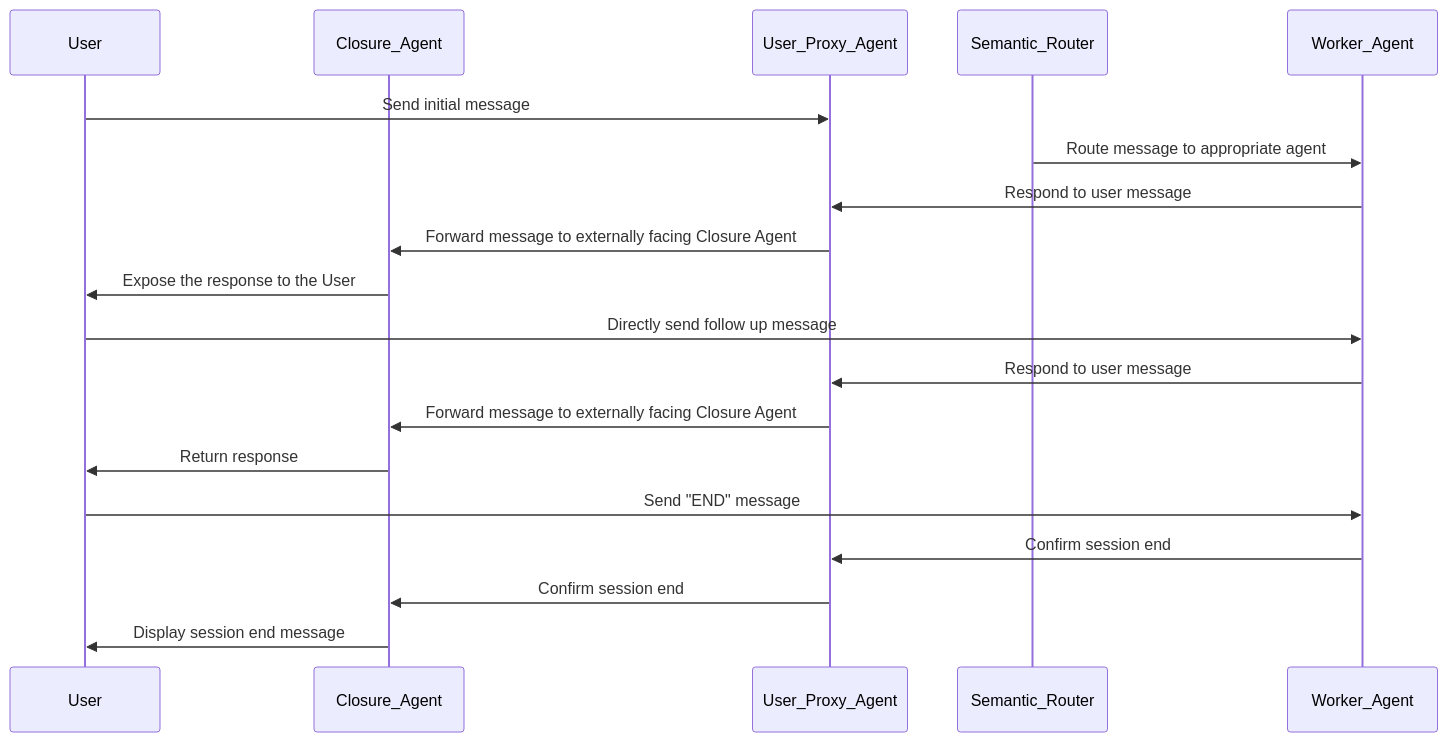
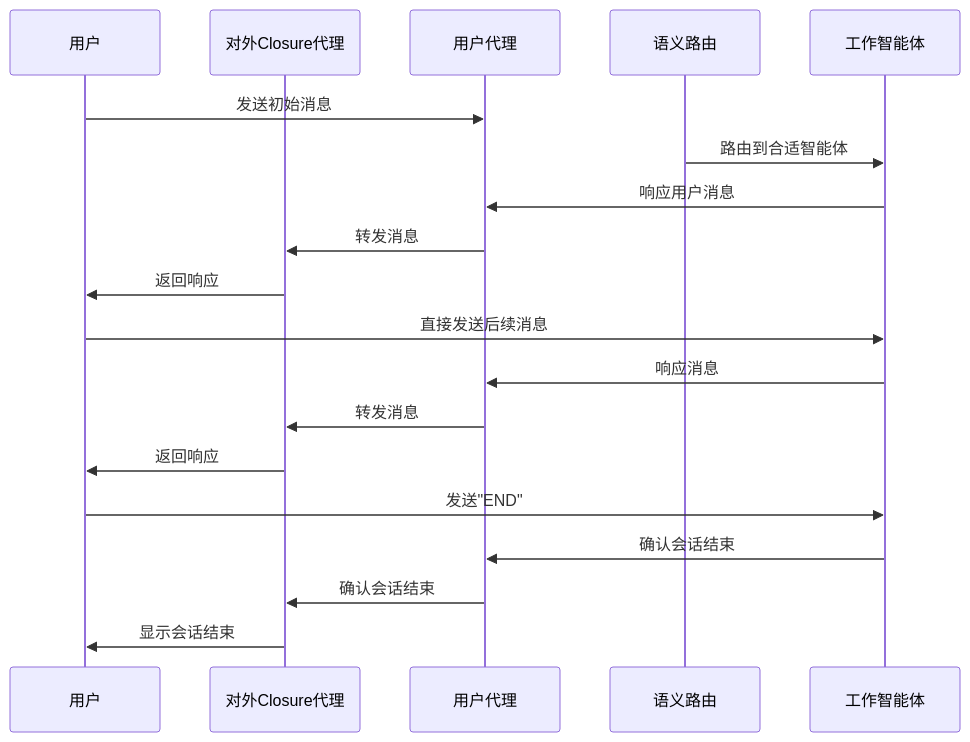
One commit to DellDi/autogen-fastapi-postgres changed the diagram in core_semantic_router/README.md. Above: the diagram before and after it, drawn with Mermaid. The commit also changed other lines of this file and 15 other files, not shown here.

````diff
--- a/core_semantic_router/README.md
+++ b/core_semantic_router/README.md
@@ -56,22 +66,22 @@
 ```mermaid
 sequenceDiagram
-    participant User
-    participant Closure_Agent
-    participant User_Proxy_Agent
-    participant Semantic_Router
-    participant Worker_Agent
+    participant 用户
+    participant 对外Closure代理
+    participant 用户代理
+    participant 语义路由
+    participant 工作智能体
 
-    User->>User_Proxy_Agent: Send initial message
-    Semantic_Router->>Worker_Agent: Route message to appropriate agent
-    Worker_Agent->>User_Proxy_Agent: Respond to user message
-    User_Proxy_Agent->>Closure_Agent: Forward message to externally facing Closure Agent
-    Closure_Agent->>User: Expose the response to the User
-    User->>Worker_Agent: Directly send follow up message
-    Worker_Agent->>User_Proxy_Agent: Respond to user message
-    User_Proxy_Agent->>Closure_Agent: Forward message to externally facing Closure Agent
-    Closure_Agent->>User: Return response
-    User->>Worker_Agent: Send "END" message
-    Worker_Agent->>User_Proxy_Agent: Confirm session end
-    User_Proxy_Agent->>Closure_Agent: Confirm session end
-    Closure_Agent->>User: Display session end message
+    用户->>用户代理: 发送初始消息
+    语义路由->>工作智能体: 路由到合适智能体
+    工作智能体->>用户代理: 响应用户消息
+    用户代理->>对外Closure代理: 转发消息
+    对外Closure代理->>用户: 返回响应
+    用户->>工作智能体: 直接发送后续消息
+    工作智能体->>用户代理: 响应消息
+    用户代理->>对外Closure代理: 转发消息
+    对外Closure代理->>用户: 返回响应
+    用户->>工作智能体: 发送"END"
+    工作智能体->>用户代理: 确认会话结束
+    用户代理->>对外Closure代理: 确认会话结束
+    对外Closure代理->>用户: 显示会话结束
 ```
````
